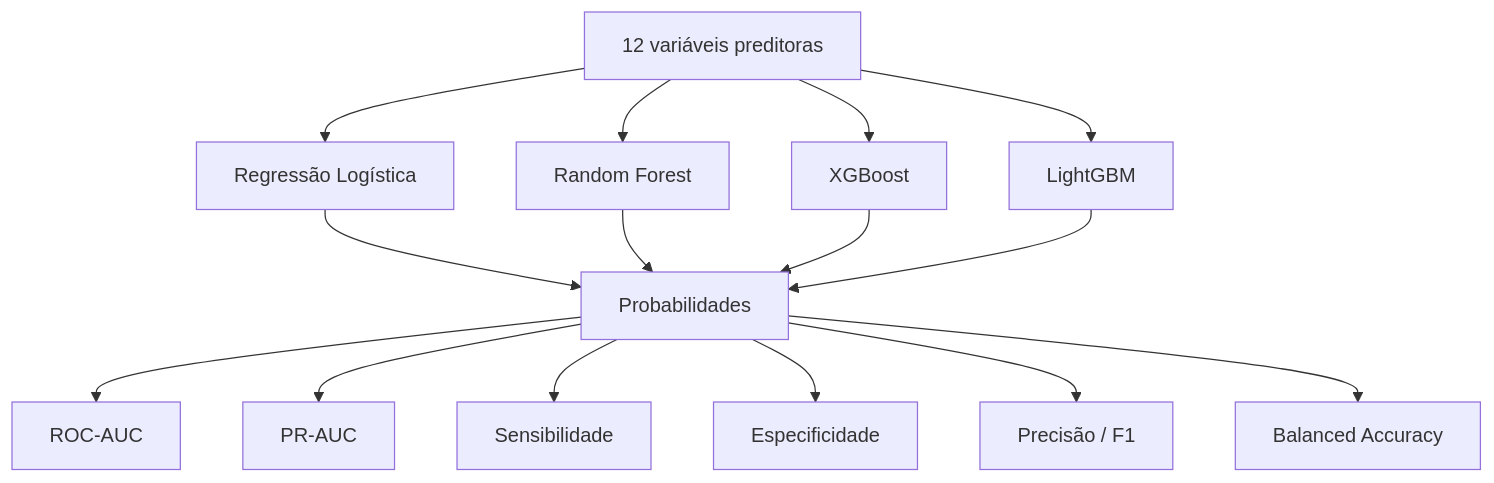
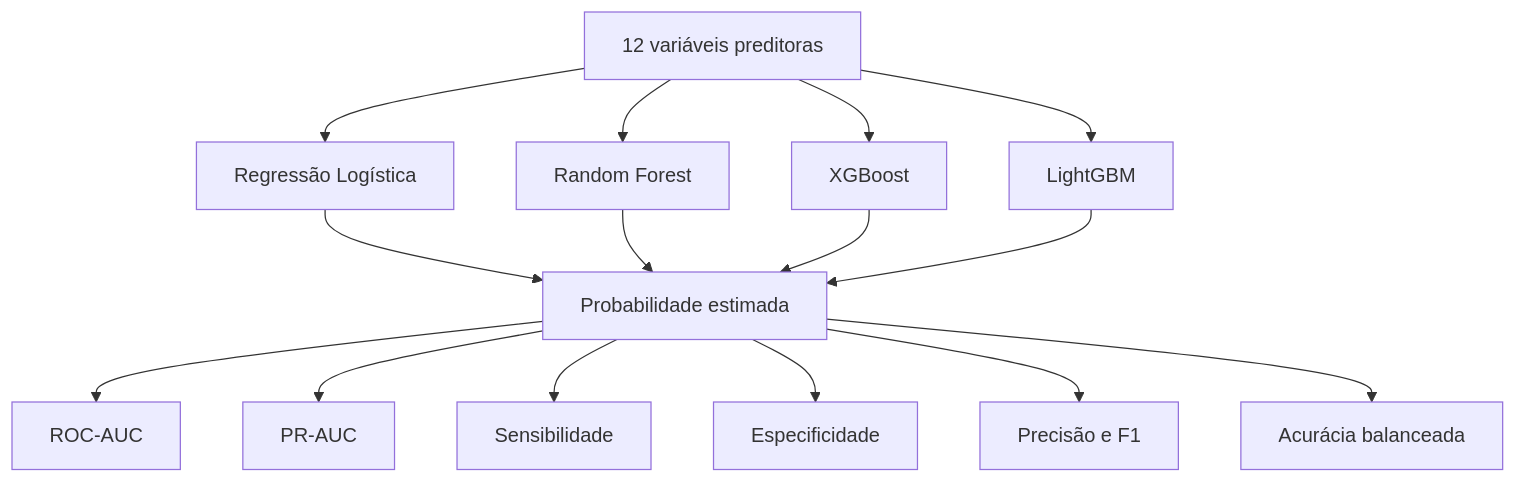
The fourth of 8 diagrams in README.md (KymieSaito/tcc-sinan-riscos-psicossociais), drawn with Mermaid before and after one commit. The commit also changed other lines of this file, not shown here.

````diff
--- a/README.md
+++ b/README.md
@@ -980,19 +820,19 @@
 ```mermaid
 flowchart TD
     A["12 variáveis preditoras"] --> B["Regressão Logística"]
     A --> C["Random Forest"]
     A --> D["XGBoost"]
     A --> E["LightGBM"]
 
-    B --> F["Probabilidades"]
+    B --> F["Probabilidade estimada"]
     C --> F
     D --> F
     E --> F
 
     F --> G["ROC-AUC"]
     F --> H["PR-AUC"]
     F --> I["Sensibilidade"]
     F --> J["Especificidade"]
-    F --> K["Precisão / F1"]
-    F --> L["Balanced Accuracy"]
+    F --> K["Precisão e F1"]
+    F --> L["Acurácia balanceada"]
 ```
````
